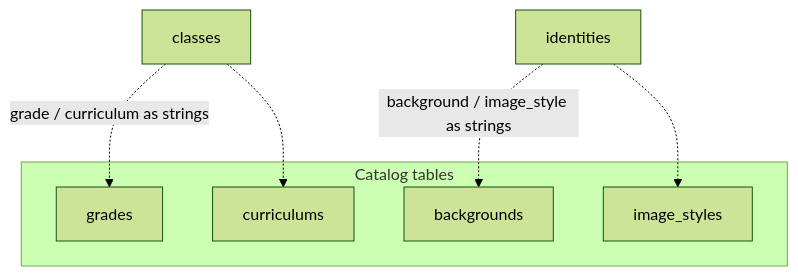
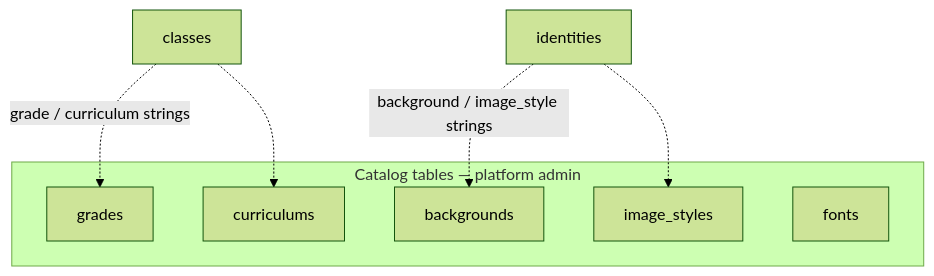
Before and after one commit to BasselSallam2/teacher-mock: the fifth of 6 diagrams in docs/architecture/04-database.md, drawn with Mermaid (forest theme). The commit also changed other lines of this file and 10 other files, not shown here.

Commit message:
Enhance README and add system overview documentation; update media handling and lesson planning architecture. Introduce nested media folders and clarify production stack details.

````diff
--- a/docs/architecture/04-database.md
+++ b/docs/architecture/04-database.md
@@ -198,14 +246,15 @@
 ```mermaid
 flowchart TB
-  subgraph catalogs [Catalog tables]
+  subgraph catalogs [Catalog tables — platform admin]
     grades
     curriculums
     backgrounds
     image_styles
+    fonts
   end
 
-  classes -.->|"grade / curriculum as strings"| grades
+  classes -.->|"grade / curriculum strings"| grades
   classes -.-> curriculums
-  identities -.->|"background / image_style as strings"| backgrounds
+  identities -.->|"background / image_style strings"| backgrounds
   identities -.-> image_styles
 ```
````
